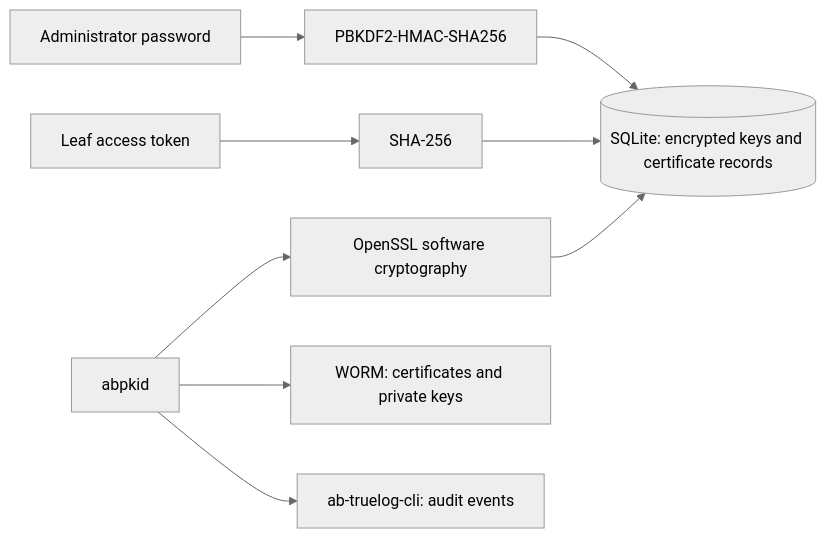
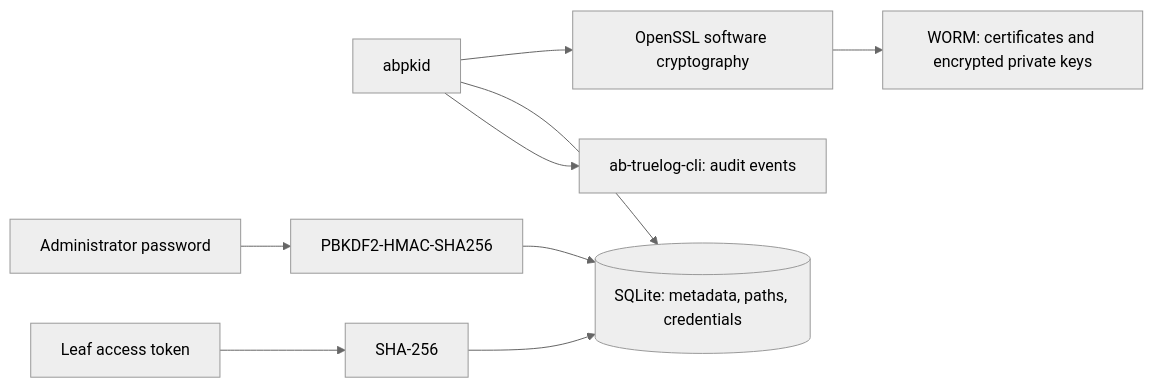
Before and after one commit to pregene/autobricks-pki: the diagram in docs/key-storage.md, drawn with Mermaid (neutral theme). The commit also changed other lines of this file and 72 other files, not shown here.

````diff
--- a/docs/key-storage.md
+++ b/docs/key-storage.md
@@ -19,11 +17,11 @@
 ```mermaid
 flowchart LR
     Server[abpkid] --> Crypto[OpenSSL software cryptography]
-    Crypto --> Database[(SQLite: encrypted keys and certificate records)]
+    Crypto --> Archive[WORM: certificates and encrypted private keys]
+    Server --> Database[(SQLite: metadata, paths, credentials)]
     Password[Administrator password] --> Hash[PBKDF2-HMAC-SHA256]
     Hash --> Database
     Token[Leaf access token] --> Digest[SHA-256]
     Digest --> Database
-    Server --> Archive[WORM: certificates and private keys]
     Server --> Audit[ab-truelog-cli: audit events]
 ```
````
